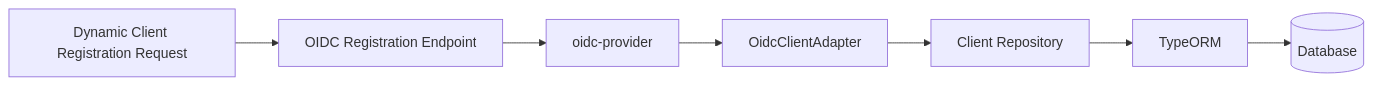
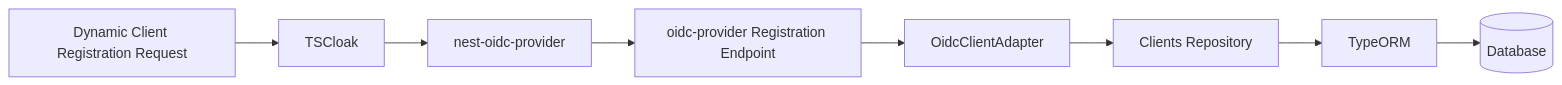
One commit to TechSivaram/tscloak changed diagram 12 of 18 in README.md. Above: the diagram before and after it, drawn with Mermaid. The commit also changed other lines of this file, not shown here.

Commit message:
TSCloak → nest-oidc-provider → oidc-provider

````diff
--- a/README.md
+++ b/README.md
@@ -738,10 +751,10 @@
 ```mermaid
 flowchart LR
-    A["Dynamic Client Registration Request"]
-        --> B["OIDC Registration Endpoint"]
-    B --> C["oidc-provider"]
-    C --> D["OidcClientAdapter"]
-    D --> E["Client Repository"]
-    E --> F["TypeORM"]
-    F --> G[("Database")]
+    A["Dynamic Client Registration Request"] --> B["TSCloak"]
+    B --> C["nest-oidc-provider"]
+    C --> D["oidc-provider Registration Endpoint"]
+    D --> E["OidcClientAdapter"]
+    E --> F["Clients Repository"]
+    F --> G["TypeORM"]
+    G --> H[("Database")]
 ```
````
